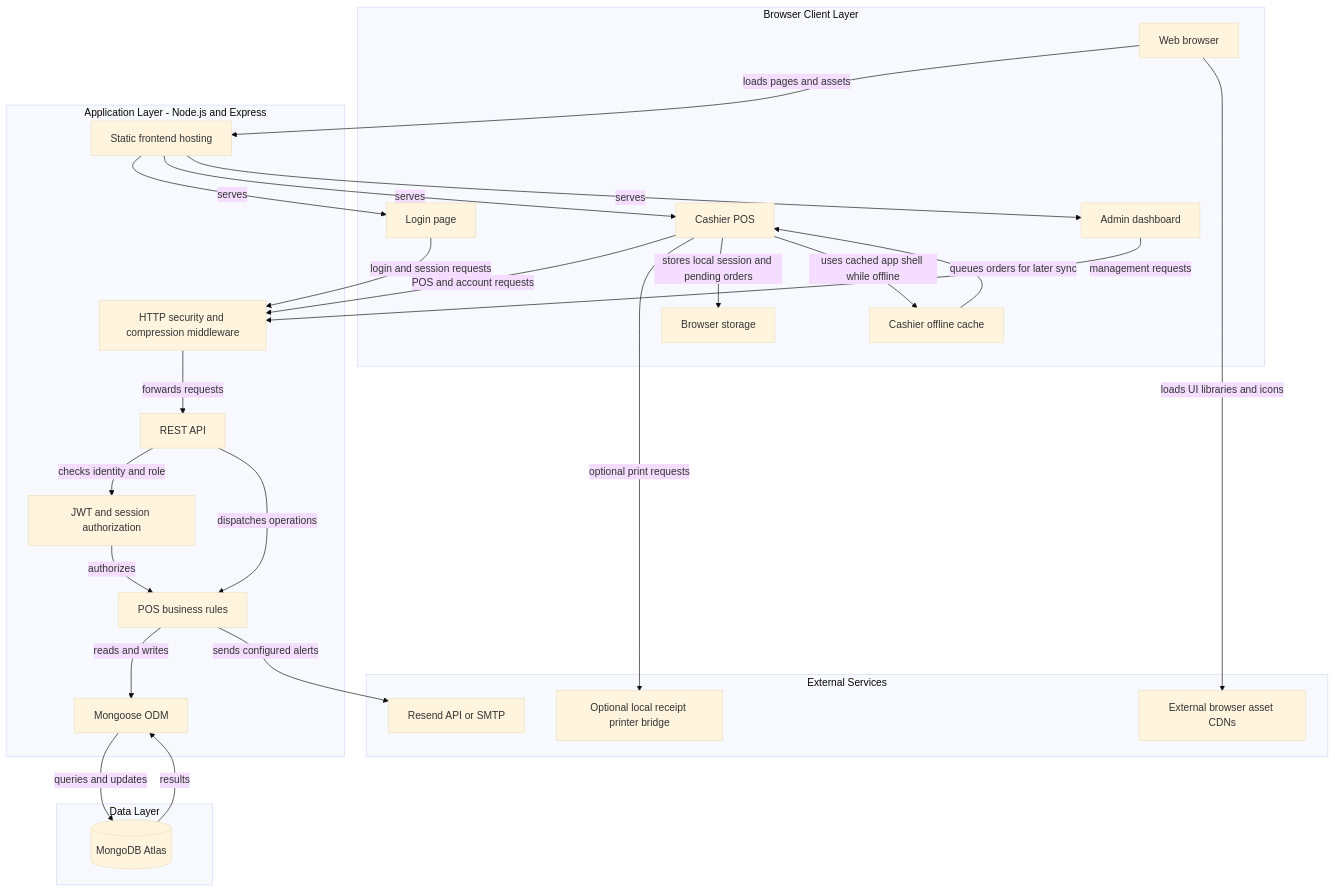
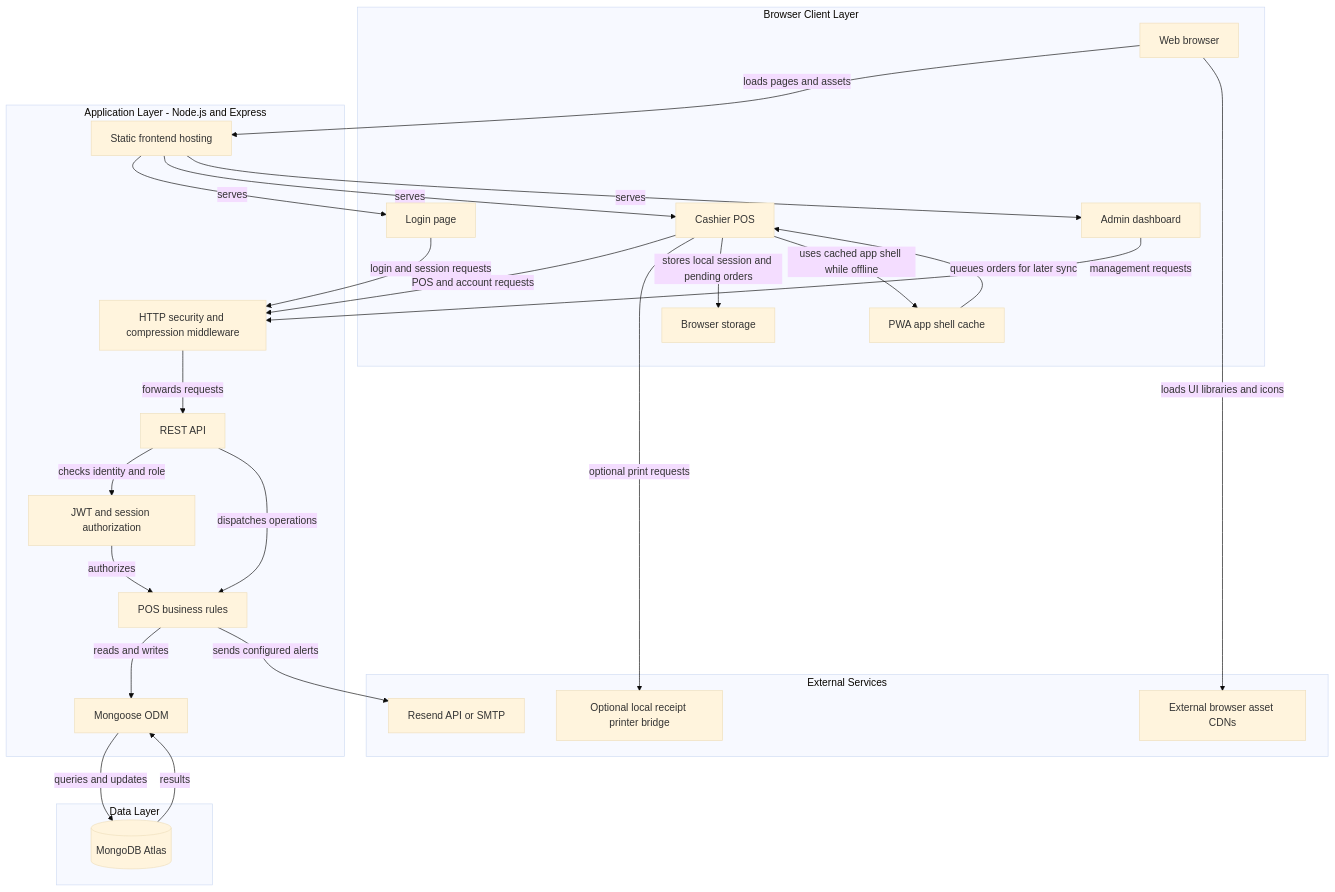
Before and after one commit to gypsy074/POS-SYSTEM-SEASON3: the first of 2 diagrams in .github/modernize/assessment/engines/facts/architecture-diagram.md, drawn with Mermaid (base theme). The commit also changed other lines of this file and 13 other files, not shown here.

````diff
--- a/.github/modernize/assessment/engines/facts/architecture-diagram.md
+++ b/.github/modernize/assessment/engines/facts/architecture-diagram.md
@@ -8,48 +8,48 @@
 ```mermaid
 flowchart TD
     subgraph ClientLayer["Browser Client Layer"]
         Browser["Web browser"]
         LoginUi["Login page"]
         CashierUi["Cashier POS"]
         AdminUi["Admin dashboard"]
         BrowserState["Browser storage"]
-        OfflineCache["Cashier offline cache"]
+        OfflineCache["PWA app shell cache"]
     end
     subgraph AppLayer["Application Layer - Node.js and Express"]
         StaticHost["Static frontend hosting"]
         HttpMiddleware["HTTP security and compression middleware"]
         RestApi["REST API"]
         AuthSession["JWT and session authorization"]
         PosRules["POS business rules"]
         Mongoose["Mongoose ODM"]
     end
     subgraph DataLayer["Data Layer"]
         AtlasDb[("MongoDB Atlas")]
     end
     subgraph ExternalLayer["External Services"]
         EmailService["Resend API or SMTP"]
         PrintBridge["Optional local receipt printer bridge"]
         CdnAssets["External browser asset CDNs"]
     end
 
     Browser -->|"loads pages and assets"| StaticHost
     StaticHost -->|"serves"| LoginUi
     StaticHost -->|"serves"| CashierUi
     StaticHost -->|"serves"| AdminUi
     LoginUi -->|"login and session requests"| HttpMiddleware
     CashierUi -->|"POS and account requests"| HttpMiddleware
     AdminUi -->|"management requests"| HttpMiddleware
     HttpMiddleware -->|"forwards requests"| RestApi
     RestApi -->|"checks identity and role"| AuthSession
     AuthSession -->|"authorizes"| PosRules
     RestApi -->|"dispatches operations"| PosRules
     PosRules -->|"reads and writes"| Mongoose
     Mongoose -->|"queries and updates"| AtlasDb
     AtlasDb -->|"results"| Mongoose
     PosRules -->|"sends configured alerts"| EmailService
     CashierUi -->|"optional print requests"| PrintBridge
     Browser -->|"loads UI libraries and icons"| CdnAssets
     CashierUi -->|"stores local session and pending orders"| BrowserState
     CashierUi -->|"uses cached app shell while offline"| OfflineCache
     OfflineCache -->|"queues orders for later sync"| CashierUi
 ```
````
